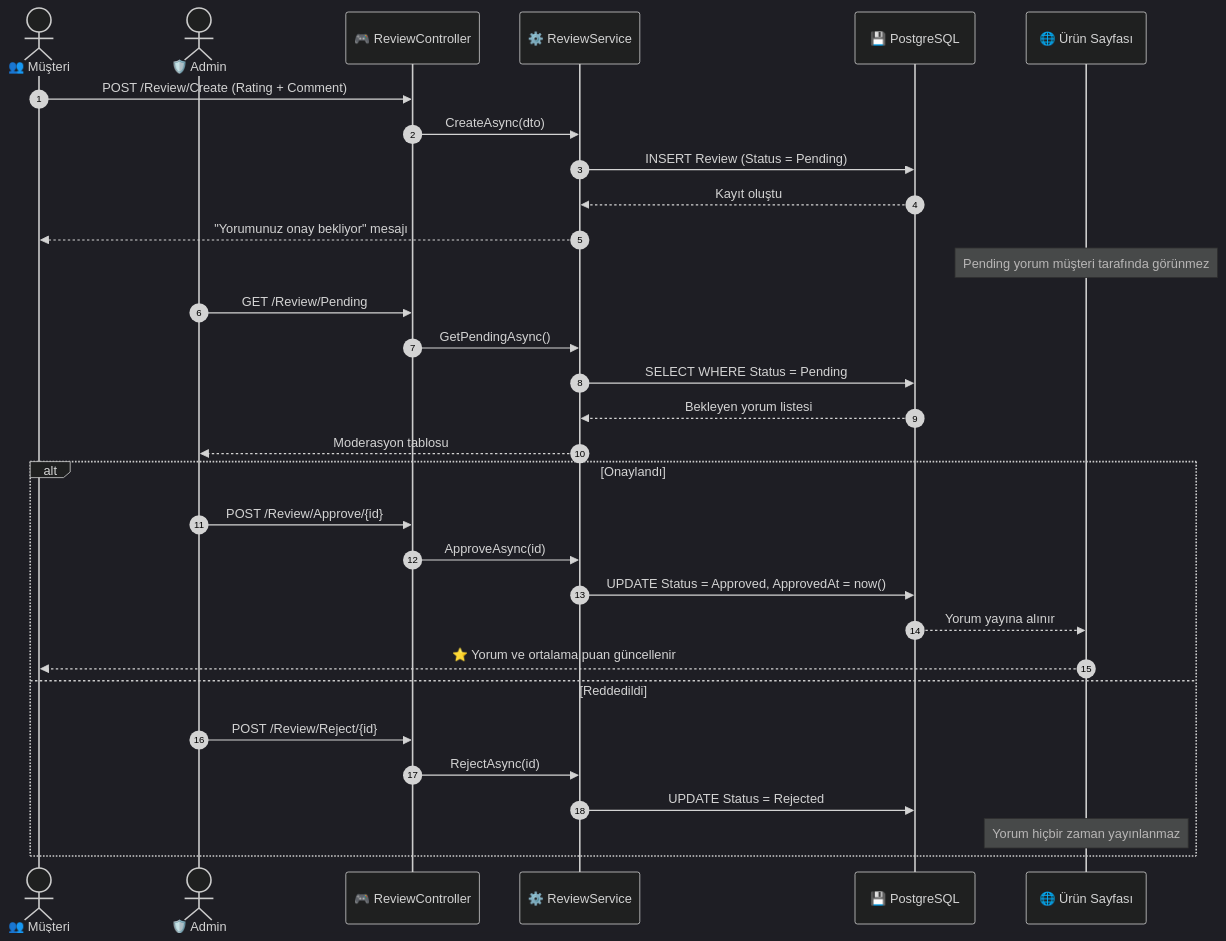
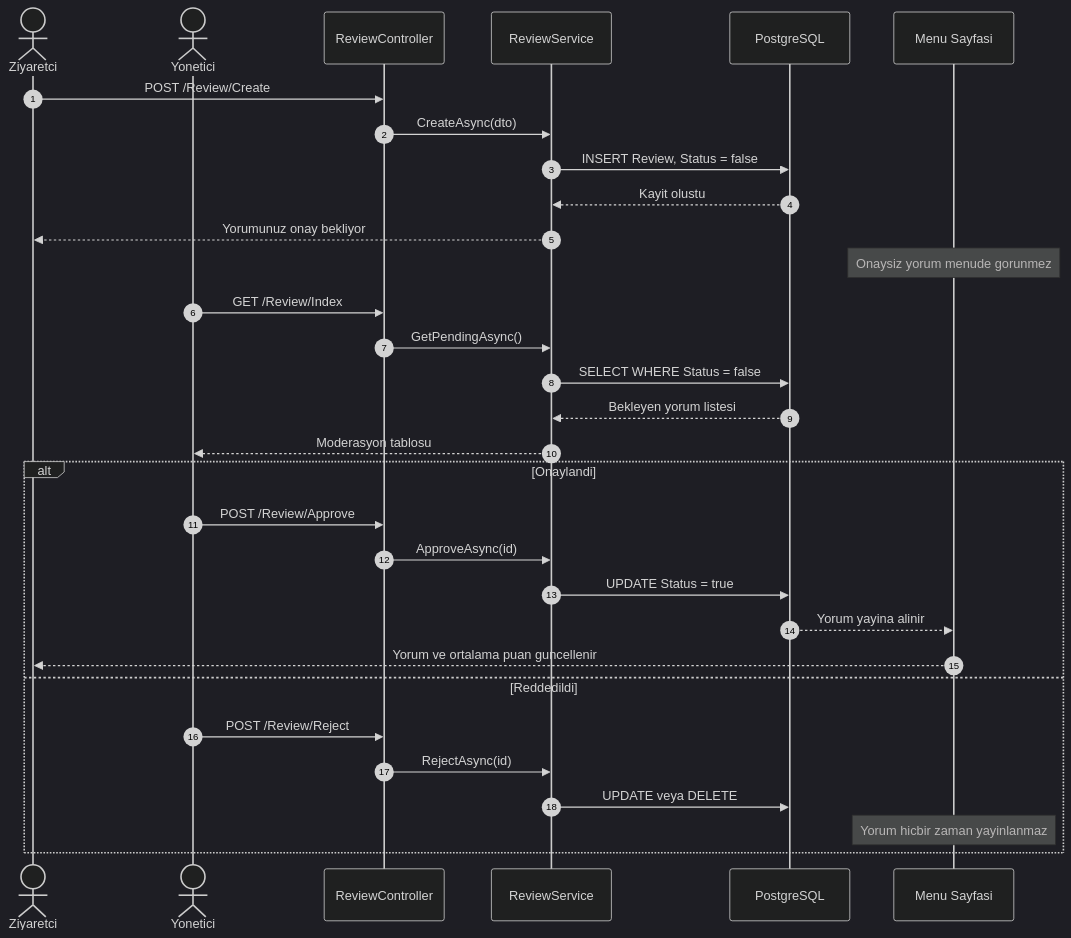
Before and after one commit to yelda-batti0/DinaRestaurant-PostgreSQL: the eighth of 10 diagrams in README.md, drawn with Mermaid (dark theme). The commit also changed other lines of this file, not shown here.

````diff
--- a/README.md
+++ b/README.md
@@ -661,37 +596,37 @@
 ```mermaid
 sequenceDiagram
     autonumber
-    actor C as 👥 Müşteri
-    actor A as 🛡️ Admin
-    participant RC as 🎮 ReviewController
-    participant RS as ⚙️ ReviewService
-    participant DB as 💾 PostgreSQL
-    participant PV as 🌐 Ürün Sayfası
+    actor C as Ziyaretci
+    actor A as Yonetici
+    participant RC as ReviewController
+    participant RS as ReviewService
+    participant DB as PostgreSQL
+    participant MN as Menu Sayfasi
 
-    C->>RC: POST /Review/Create (Rating + Comment)
+    C->>RC: POST /Review/Create
     RC->>RS: CreateAsync(dto)
-    RS->>DB: INSERT Review (Status = Pending)
-    DB-->>RS: Kayıt oluştu
-    RS-->>C: "Yorumunuz onay bekliyor" mesajı
+    RS->>DB: INSERT Review, Status = false
+    DB-->>RS: Kayit olustu
+    RS-->>C: Yorumunuz onay bekliyor
 
-    Note over PV: Pending yorum müşteri tarafında görünmez
+    Note over MN: Onaysiz yorum menude gorunmez
 
-    A->>RC: GET /Review/Pending
+    A->>RC: GET /Review/Index
     RC->>RS: GetPendingAsync()
-    RS->>DB: SELECT WHERE Status = Pending
+    RS->>DB: SELECT WHERE Status = false
     DB-->>RS: Bekleyen yorum listesi
     RS-->>A: Moderasyon tablosu
 
-    alt Onaylandı
-        A->>RC: POST /Review/Approve/{id}
+    alt Onaylandi
+        A->>RC: POST /Review/Approve
         RC->>RS: ApproveAsync(id)
-        RS->>DB: UPDATE Status = Approved, ApprovedAt = now()
-        DB-->>PV: Yorum yayına alınır
-        PV-->>C: ⭐ Yorum ve ortalama puan güncellenir
+        RS->>DB: UPDATE Status = true
+        DB-->>MN: Yorum yayina alinir
+        MN-->>C: Yorum ve ortalama puan guncellenir
     else Reddedildi
-        A->>RC: POST /Review/Reject/{id}
+        A->>RC: POST /Review/Reject
         RC->>RS: RejectAsync(id)
-        RS->>DB: UPDATE Status = Rejected
-        Note over PV: Yorum hiçbir zaman yayınlanmaz
+        RS->>DB: UPDATE veya DELETE
+        Note over MN: Yorum hicbir zaman yayinlanmaz
     end
 ```
````
